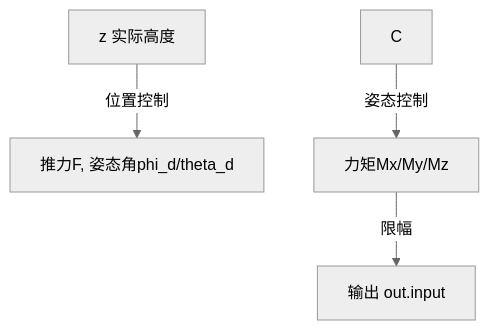
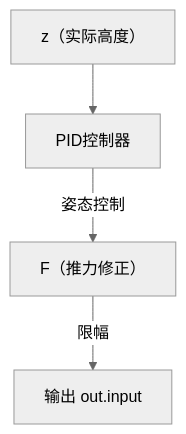
One commit to chao-8xx/stackedit-app-data changed the third of 3 diagrams in 四旋翼无人机轨迹三维跟踪控制.md. Above: the diagram before and after it, drawn with Mermaid (neutral theme). The commit also changed other lines of this file, not shown here.

````diff
--- a/四旋翼无人机轨迹三维跟踪控制.md
+++ b/四旋翼无人机轨迹三维跟踪控制.md
@@ -364,9 +364,9 @@
  ```mermaid
    graph TD
-    A[z 实际高度] --> |位置控制|B
-    B[推力F, 姿态角phi_d/theta_d]
-    C --> |姿态控制|E
-    E[力矩Mx/My/Mz]
+    A[z（实际高度）] -->B
+    B[PID控制器]
+    B --> |姿态控制|E
+    E[F（推力修正）]
     E --> |限幅|G
 	G[输出 out.input]
 ```
````
